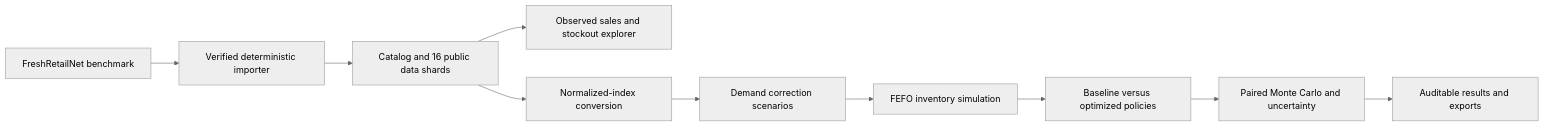
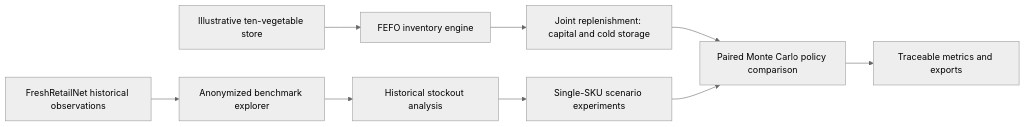
Before and after one commit to NirmanBhowmike/freshtwin-inventory-digital-twin: the diagram in README.md, drawn with Mermaid (neutral theme). The commit also changed other lines of this file and 17 other files, not shown here.

First line of the commit message:
Finalize FreshTwin v0.5 public research repository and numerical benchmarks

````diff
--- a/README.md
+++ b/README.md
@@ -89,12 +36,11 @@
 ```mermaid
 flowchart LR
-  A[FreshRetailNet benchmark] --> B[Verified deterministic importer]
-  B --> C[Catalog and 16 public data shards]
-  C --> D[Observed sales and stockout explorer]
-  C --> E[Normalized-index conversion]
-  E --> F[Demand correction scenarios]
-  F --> G[FEFO inventory simulation]
-  G --> H[Baseline versus optimized policies]
-  H --> I[Paired Monte Carlo and uncertainty]
-  I --> J[Auditable results and exports]
+    A[FreshRetailNet historical observations] --> B[Anonymized benchmark explorer]
+    C[Illustrative ten-vegetable store] --> D[FEFO inventory engine]
+    B --> E[Historical stockout analysis]
+    D --> F[Joint replenishment: capital and cold storage]
+    E --> G[Single-SKU scenario experiments]
+    F --> H[Paired Monte Carlo policy comparison]
+    G --> H
+    H --> I[Traceable metrics and exports]
 ```
````
